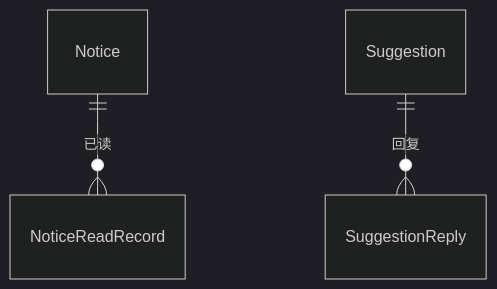
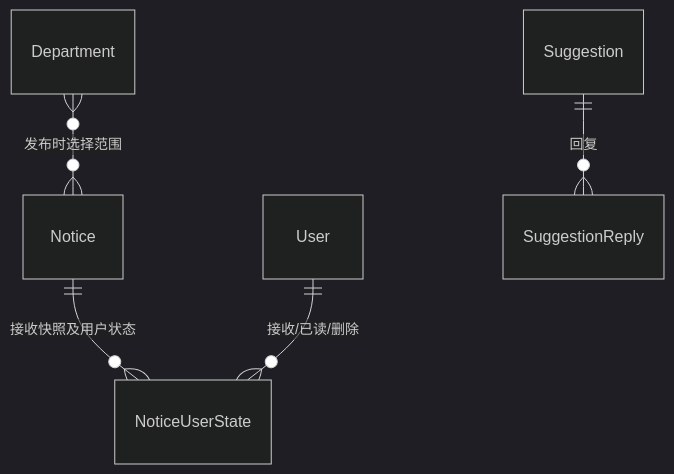
The fifth of 10 diagrams in docs/04-数据模型/ER草图.md (BruceChu0424/utenelec_imp), drawn with Mermaid (dark theme) before and after one commit. The commit also changed 281 other files, not shown here.

````diff
--- a/docs/04-数据模型/ER草图.md
+++ b/docs/04-数据模型/ER草图.md
@@ -80,5 +80,7 @@
 ```mermaid
 erDiagram
-    Notice ||--o{ NoticeReadRecord : "已读"
+    Notice ||--o{ NoticeUserState : "接收快照及用户状态"
+    User ||--o{ NoticeUserState : "接收/已读/删除"
+    Department }o--o{ Notice : "发布时选择范围"
     Suggestion ||--o{ SuggestionReply : "回复"
 ```
````
